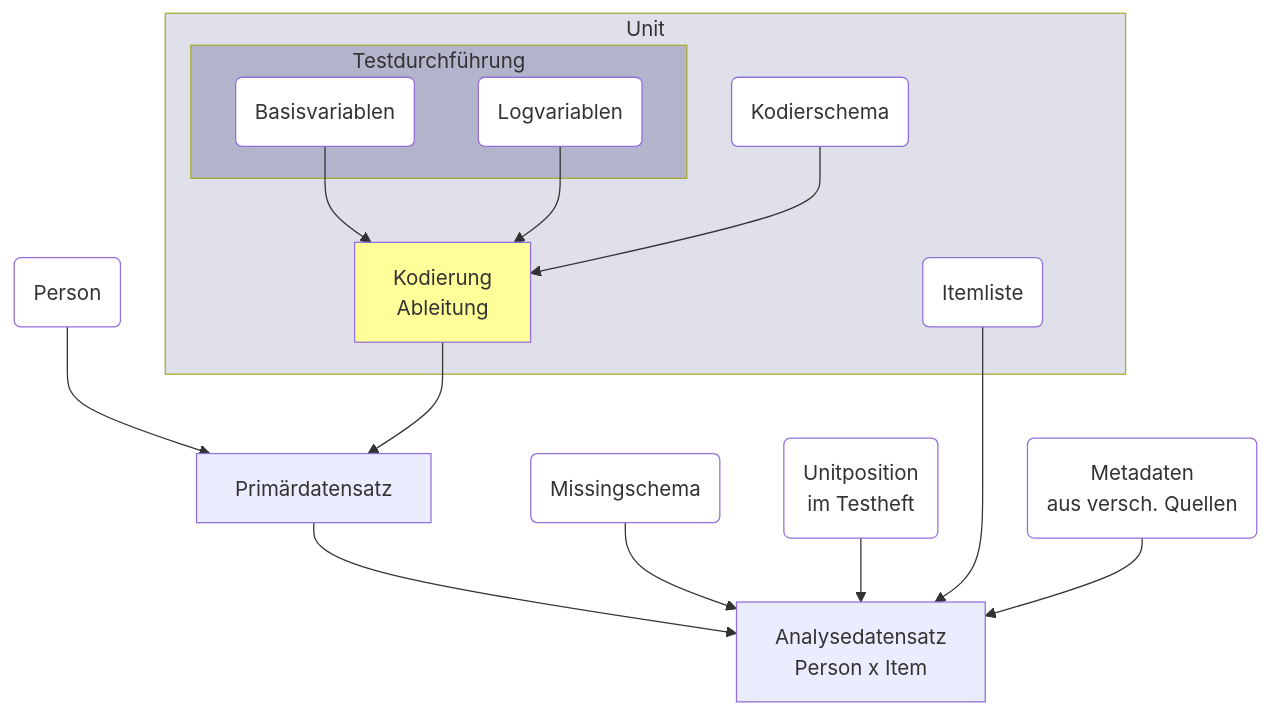
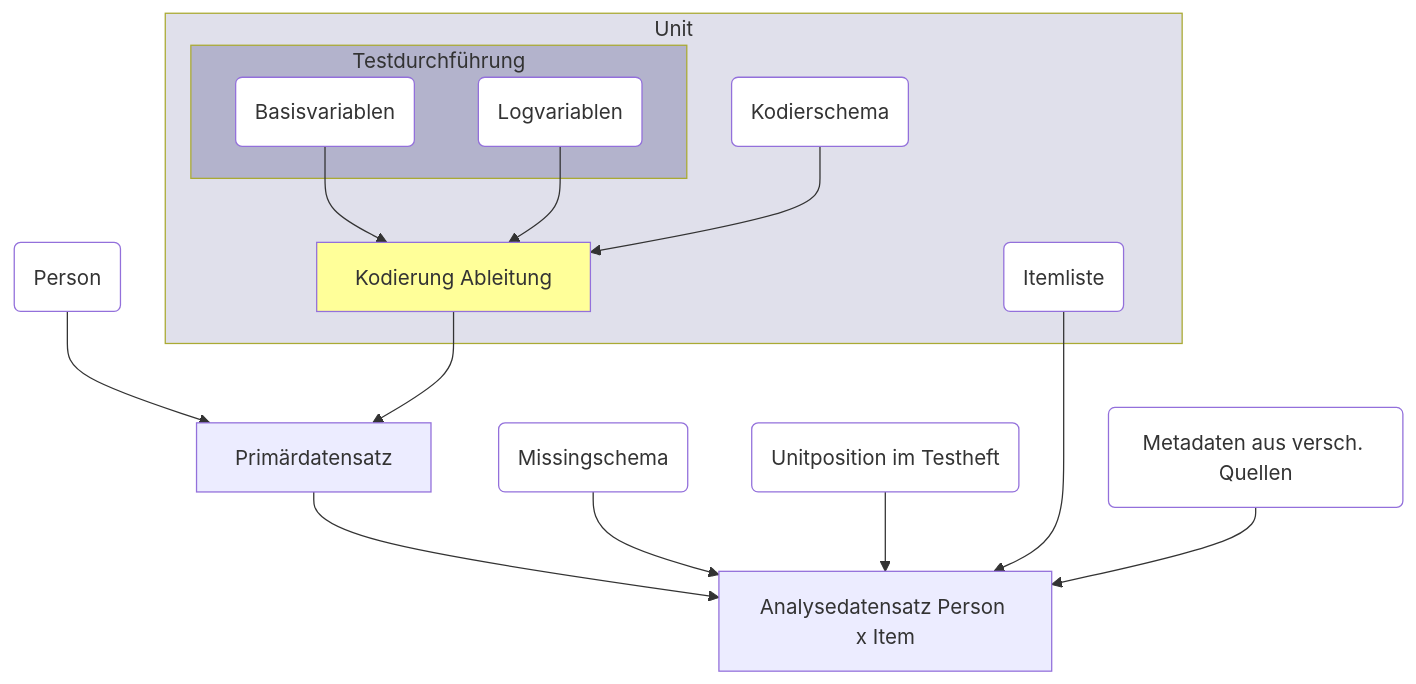
The second of 2 diagrams in data-structures/index.qmd (iqb-berlin/coding-info), drawn with Mermaid before and after one commit. The commit also changed other lines of this file and 4 other files, not shown here.

````diff
--- a/data-structures/index.qmd
+++ b/data-structures/index.qmd
@@ -52,36 +50,36 @@
 ```{mermaid}
 flowchart TD
     subgraph Unit
         subgraph Testdurchführung
             A(Basisvariablen)
             style A fill:white
             B(Logvariablen)
             style B fill:white
         end
         style Testdurchführung fill:#b3b3cc
-        E[Kodierung\nAbleitung]
+        E[Kodierung Ableitung]
         style E fill:#ff9
         C(Kodierschema)
         style C fill:white
         J(Itemliste)
         style J fill:white
     end
     style Unit fill:#e0e0eb
     H(Person)
     style H fill:white
     D[Primärdatensatz]
     H-->D
     E --> D
     A --> E
     B --> E
     C --> E
-    G[Analysedatensatz\nPerson x Item]
+    G[Analysedatensatz Person x Item]
     D --> G
     F(Missingschema) --> G
     style F fill:white
-    K(Unitposition\nim Testheft) --> G
+    K(Unitposition im Testheft) --> G
     style K fill:white
     J --> G
-    L(Metadaten\naus versch. Quellen) --> G
+    L(Metadaten aus versch. Quellen) --> G
     style L fill:white
 ```
````
